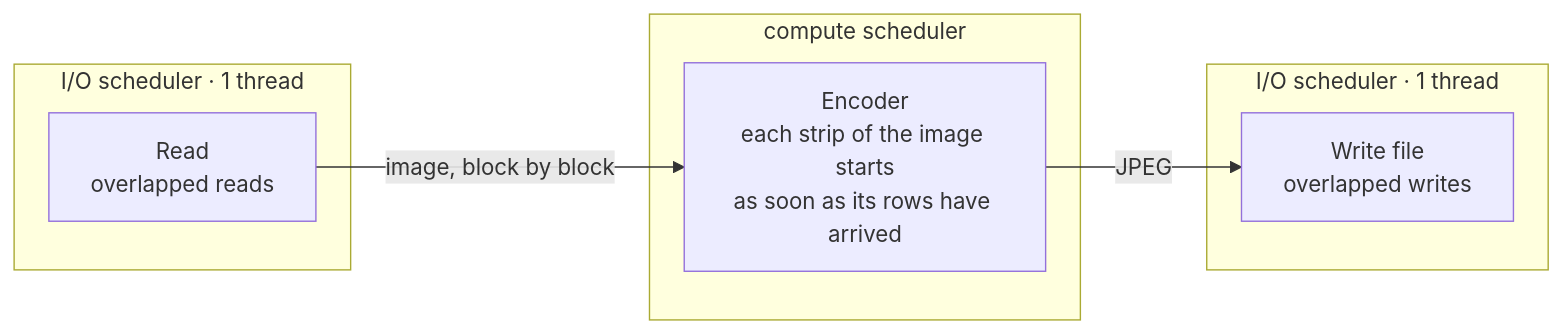
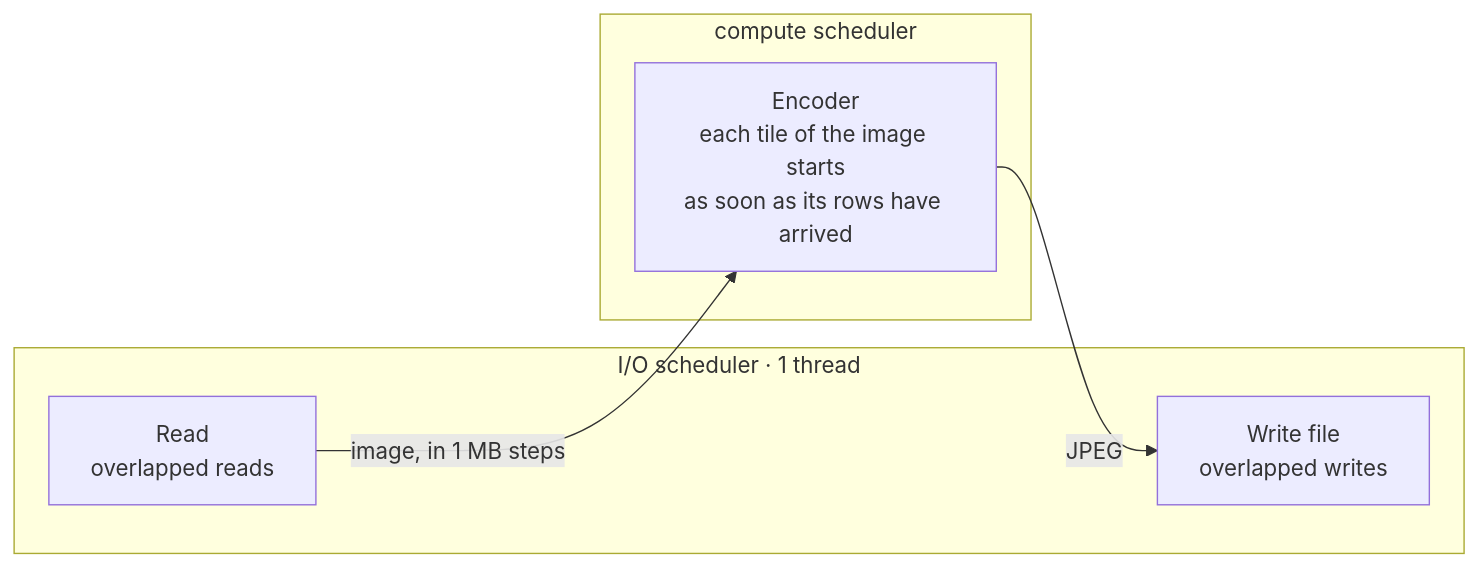
Before and after one commit to ThinkMeta-com/ThinkMeta.ConcurrentTasks.Samples: the second of 7 diagrams in ctJpeg/docs/task-graph.md, drawn with Mermaid. The commit also changed other lines of this file and 700 other files, not shown here.

````diff
--- a/ctJpeg/docs/task-graph.md
+++ b/ctJpeg/docs/task-graph.md
@@ -54,13 +57,11 @@
 ```mermaid
 flowchart LR
-    subgraph io1 ["I/O scheduler · 1 thread"]
+    subgraph io ["I/O scheduler · 1 thread"]
         R["Read<br/>overlapped reads"]
+        W["Write file<br/>overlapped writes"]
     end
     subgraph cpu ["compute scheduler"]
-        E["Encoder<br/>each strip of the image starts<br/>as soon as its rows have arrived"]
+        E["Encoder<br/>each tile of the image starts<br/>as soon as its rows have arrived"]
     end
-    subgraph io2 ["I/O scheduler · 1 thread"]
-        W["Write file<br/>overlapped writes"]
-    end
-    R -- "image, block by block" --> E -- "JPEG" --> W
+    R -- "image, in 1 MB steps" --> E -- "JPEG" --> W
 ```
````
